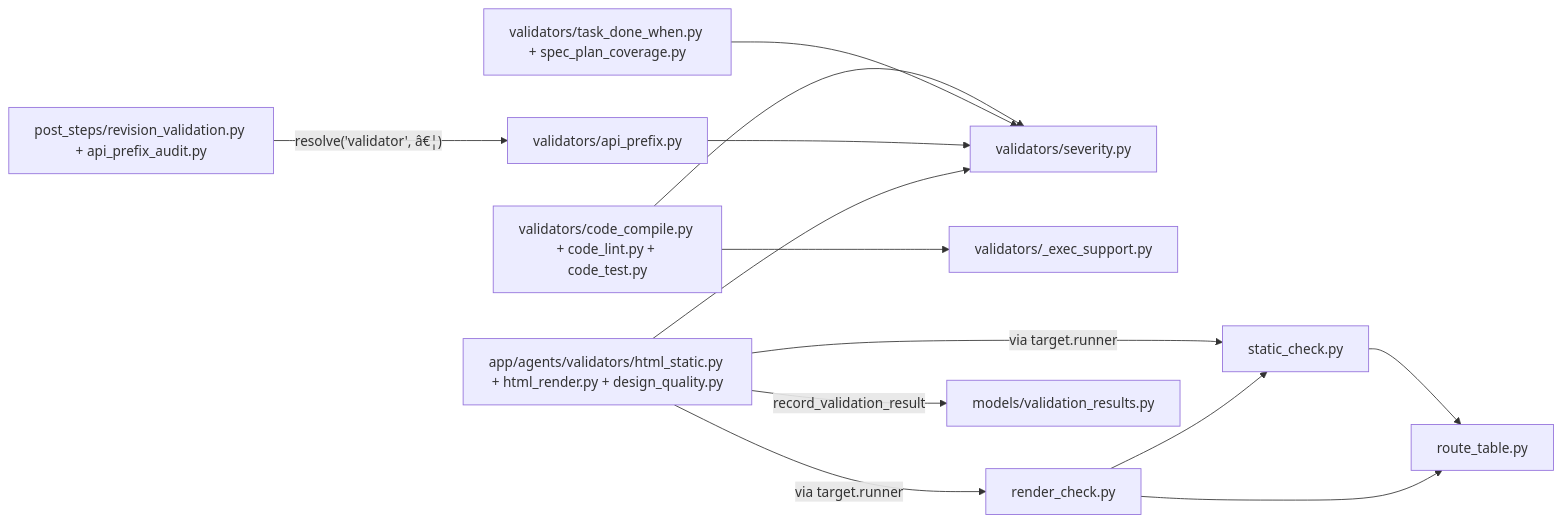
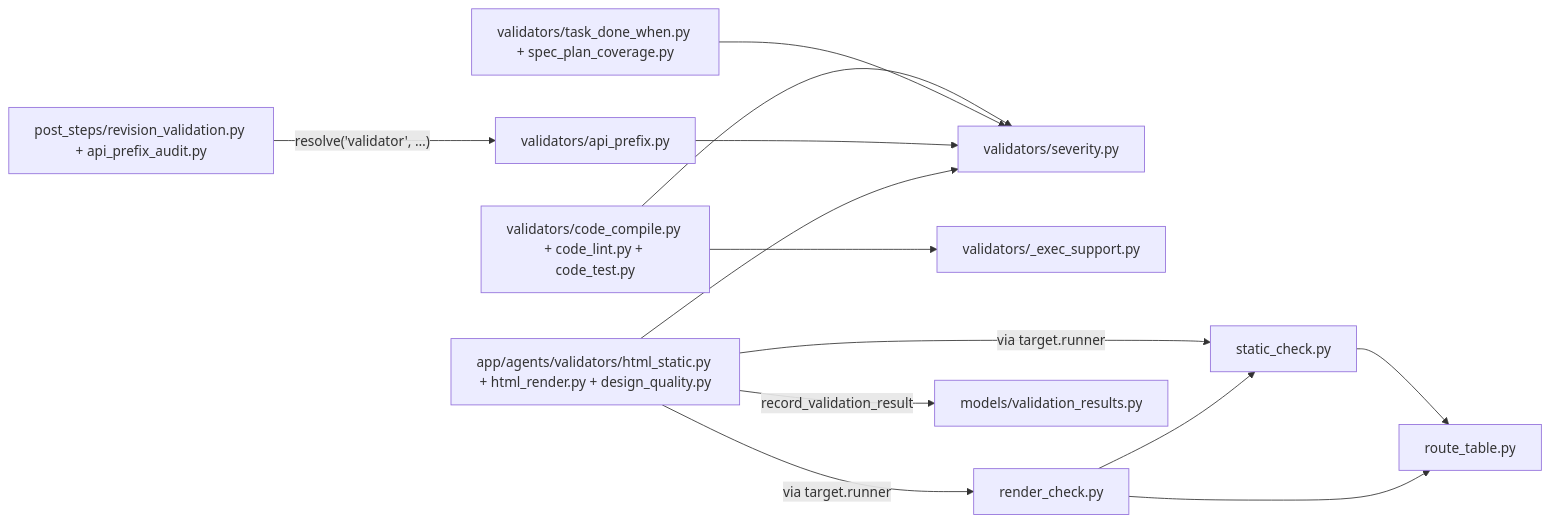
One commit to prateek-sinha7/IdeaFlowAI changed diagram 14 of 16 in .knowledge/ARCHITECTURE.md. Above: the diagram before and after it, drawn with Mermaid. The commit also changed other lines of this file and 4493 other files, not shown here.

````diff
--- a/.knowledge/ARCHITECTURE.md
+++ b/.knowledge/ARCHITECTURE.md
@@ -418,27 +425,27 @@
 ```mermaid
 flowchart LR
     severity["validators/severity.py"]
     tier["validators/task_done_when.py + spec_plan_coverage.py"]
     apiprefix["validators/api_prefix.py"]
     codeval["validators/code_compile.py + code_lint.py + code_test.py"]
     execsup["validators/_exec_support.py"]
     appval["app/agents/validators/html_static.py + html_render.py + design_quality.py"]
     static["static_check.py"]
     render["render_check.py"]
     routes["route_table.py"]
     poststeps["post_steps/revision_validation.py + api_prefix_audit.py"]
     model["models/validation_results.py"]
 
     codeval --> execsup
     codeval --> severity
     tier --> severity
     apiprefix --> severity
     appval --> severity
     appval -->|"via target.runner"| static
     appval -->|"via target.runner"| render
     static --> routes
     render --> routes
     render --> static
-    poststeps -->|"resolve('validator', â€¦)"| apiprefix
+    poststeps -->|"resolve('validator', …)"| apiprefix
     appval -->|"record_validation_result"| model
 ```
````
